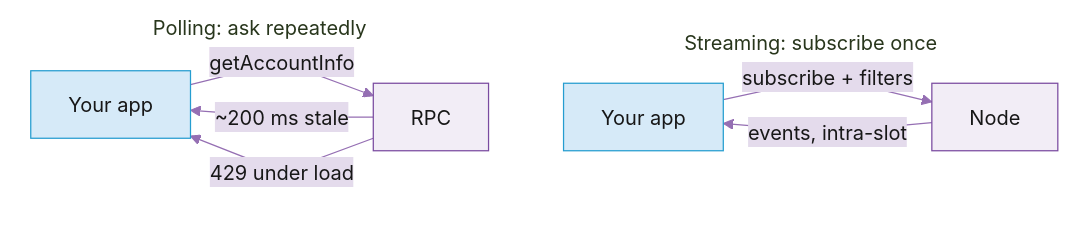
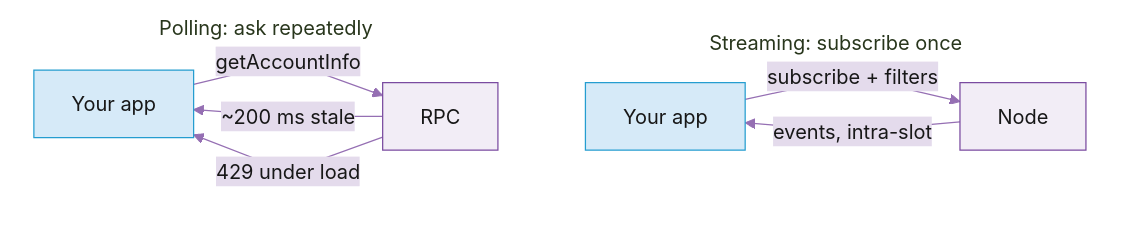
One commit to praptisharma28/triton-docs-v5 changed the diagram in documentation/real-time-streaming.md. Above: the diagram before and after it, drawn with Mermaid. The commit also changed 5 other files, not shown here.

Commit message:
Definitive Triton chart style: one shared init (palette + 20/35 spacing), all flowchart LR (horizontal + minimal vertical), unified 'Your app' blue box; collapse Cloudbreak inputs + Fumarole nodes into single boxes; standardize Deshred + intra-slot init

````diff
--- a/documentation/real-time-streaming.md
+++ b/documentation/real-time-streaming.md
@@ -13,18 +13,18 @@
 ```mermaid
-%%{init: {'theme':'base','themeVariables':{'primaryColor':'#F2EDF6','primaryBorderColor':'#7A4BA0','primaryTextColor':'#171717','lineColor':'#956FB3','secondaryColor':'#E4DBEC','tertiaryColor':'#D7C9E3'},'flowchart':{'nodeSpacing':22,'rankSpacing':30,'curve':'linear'}}}%%
+%%{init: {'theme':'base','themeVariables':{'primaryColor':'#F2EDF6','primaryBorderColor':'#7A4BA0','primaryTextColor':'#171717','lineColor':'#956FB3','secondaryColor':'#E4DBEC','tertiaryColor':'#D7C9E3'},'flowchart':{'nodeSpacing':20,'rankSpacing':35,'curve':'linear'}}}%%
 flowchart LR
     subgraph poll["Polling: ask repeatedly"]
         pc["Your app"] -->|"getAccountInfo"| pr["RPC"]
         pr -->|"~200 ms stale"| pc
         pr -->|"429 under load"| pc
     end
     subgraph stream["Streaming: subscribe once"]
         sc["Your app"] -->|"subscribe + filters"| sr["Node"]
         sr -->|"events, intra-slot"| sc
     end
     pr ~~~ sc
     style poll fill:none,stroke:none
     style stream fill:none,stroke:none
     style pc fill:#D6EAF8,stroke:#259DD0
     style sc fill:#D6EAF8,stroke:#259DD0
 ```
````
